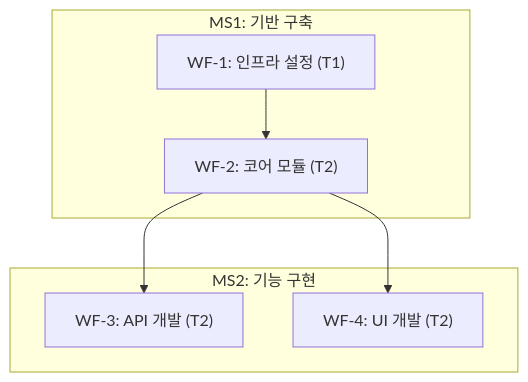
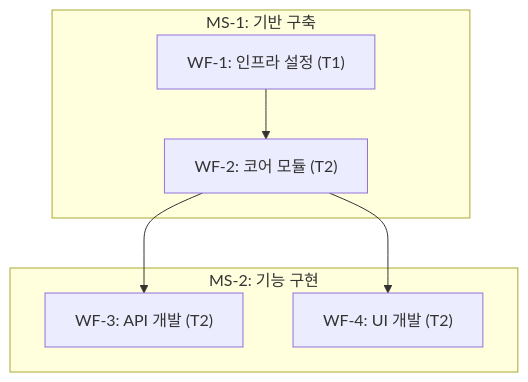
Before and after one commit to KoreanLeeChangHyun/claude-workflow: the second of 2 diagrams in .claude/skills/command-strategy/SKILL.md, drawn with Mermaid. The commit also changed other lines of this file and 18 other files, not shown here.

Commit message:
feat: 워크플로우 안전성 Phase 1 적용 및 strategy 칸반보드 연동 강화

````diff
--- a/.claude/skills/command-strategy/SKILL.md
+++ b/.claude/skills/command-strategy/SKILL.md
@@ -120,16 +120,16 @@
 ```mermaid
 flowchart TD
-    subgraph MS1["MS1: 기반 구축"]
+    subgraph MS1["MS-1: 기반 구축"]
         WF1["WF-1: 인프라 설정 (T1)"]
         WF2["WF-2: 코어 모듈 (T2)"]
     end
 
-    subgraph MS2["MS2: 기능 구현"]
+    subgraph MS2["MS-2: 기능 구현"]
         WF3["WF-3: API 개발 (T2)"]
         WF4["WF-4: UI 개발 (T2)"]
     end
 
     WF1 --> WF2
     WF2 --> WF3
     WF2 --> WF4
 ```
````
